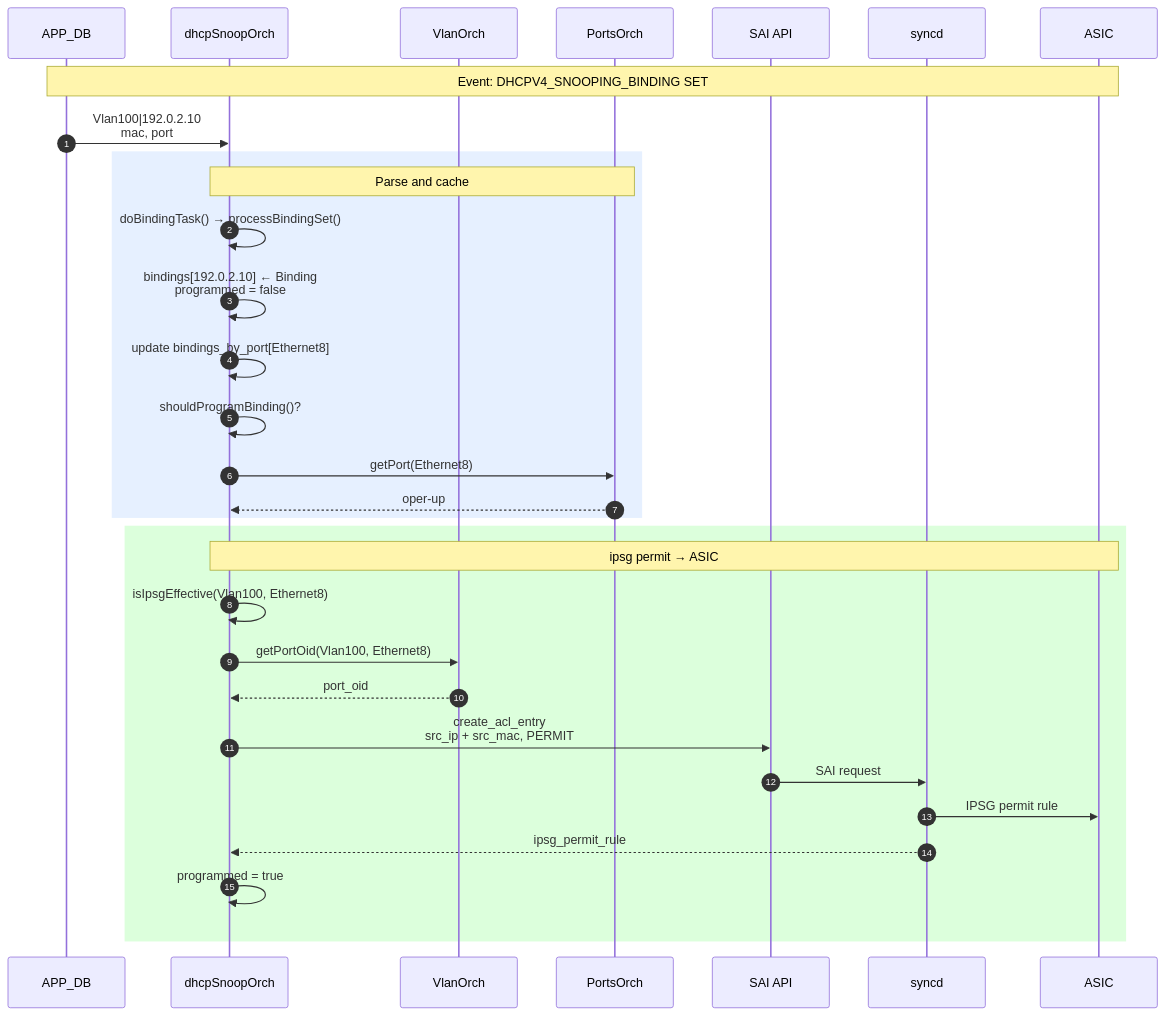
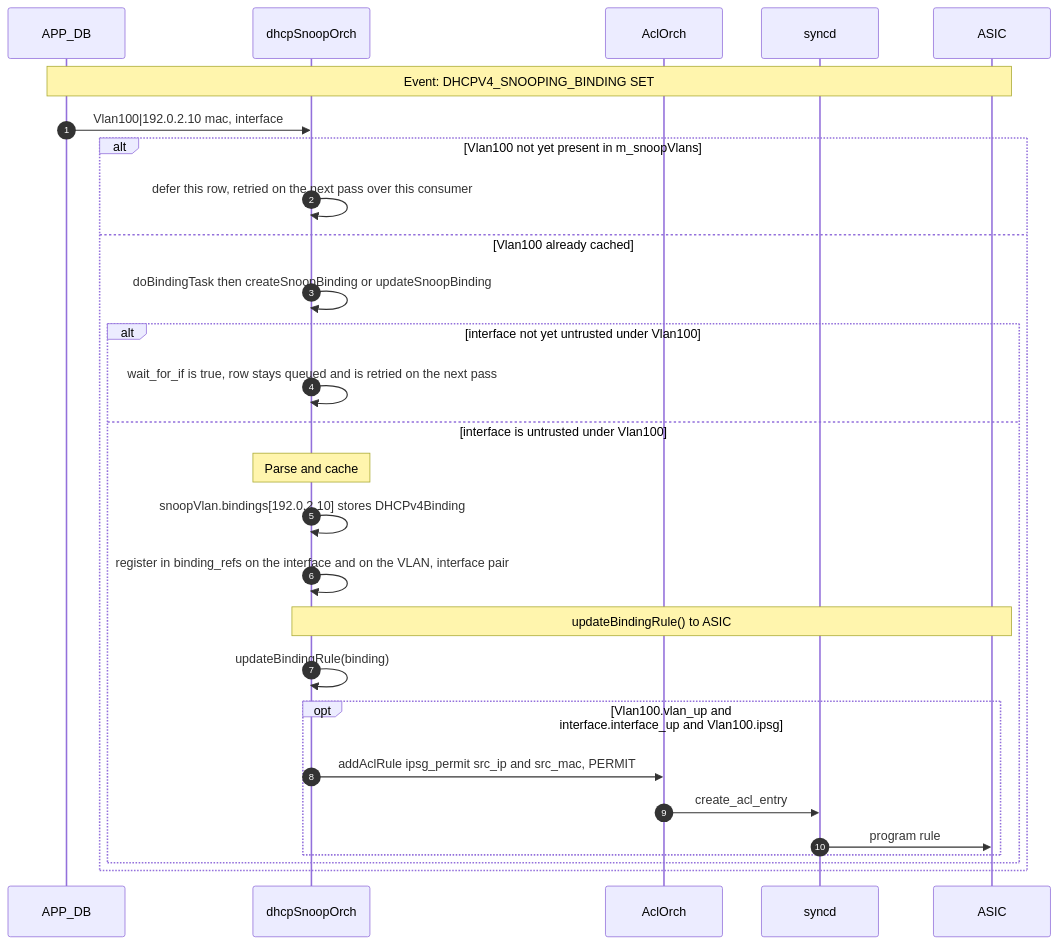
Diagram 14 of 19 in doc/DHCPv4_snooping/DHCPv4-snooping-hld.md (sonic-net/SONiC), drawn with Mermaid before and after one commit. The commit also changed other lines of this file, not shown here.

First line of the commit message:
doc: add sequence diagrams in HLD

````diff
--- a/doc/DHCPv4_snooping/DHCPv4-snooping-hld.md
+++ b/doc/DHCPv4_snooping/DHCPv4-snooping-hld.md
@@ -868,37 +1069,33 @@
 ```mermaid
 sequenceDiagram
     autonumber
     participant APP_DB as APP_DB
     participant Orch as dhcpSnoopOrch
-    participant VlanOrch as VlanOrch
-    participant PortsOrch as PortsOrch
-    participant SAI as SAI API
+    participant AclOrch as AclOrch
     participant syncd as syncd
     participant ASIC as ASIC
 
     Note over APP_DB, ASIC: Event: DHCPV4_SNOOPING_BINDING SET
 
-    APP_DB->>Orch: Vlan100|192.0.2.10<br/>mac, port
+    APP_DB->>Orch: Vlan100|192.0.2.10 mac, interface
 
-    rect rgb(230, 240, 255)
-        Note over Orch, PortsOrch: Parse and cache
-        Orch->>Orch: doBindingTask() → processBindingSet()
-        Orch->>Orch: bindings[192.0.2.10] ← Binding<br/>programmed = false
-        Orch->>Orch: update bindings_by_port[Ethernet8]
-        Orch->>Orch: shouldProgramBinding()?
-        Orch->>PortsOrch: getPort(Ethernet8)
-        PortsOrch-->>Orch: oper-up
-    end
-
-    rect rgb(220, 255, 220)
-        Note over Orch, ASIC: ipsg permit → ASIC
-        Orch->>Orch: isIpsgEffective(Vlan100, Ethernet8)
-        Orch->>VlanOrch: getPortOid(Vlan100, Ethernet8)
-        VlanOrch-->>Orch: port_oid
-        Orch->>SAI: create_acl_entry<br/>src_ip + src_mac, PERMIT
-        SAI->>syncd: SAI request
-        syncd->>ASIC: IPSG permit rule
-        syncd-->>Orch: ipsg_permit_rule
-        Orch->>Orch: programmed = true
+    alt Vlan100 not yet present in m_snoopVlans
+        Orch->>Orch: defer this row, retried on the next pass over this consumer
+    else Vlan100 already cached
+        Orch->>Orch: doBindingTask then createSnoopBinding or updateSnoopBinding
+        alt interface not yet untrusted under Vlan100
+            Orch->>Orch: wait_for_if is true, row stays queued and is retried on the next pass
+        else interface is untrusted under Vlan100
+            Note over Orch: Parse and cache
+            Orch->>Orch: snoopVlan.bindings[192.0.2.10] stores DHCPv4Binding
+            Orch->>Orch: register in binding_refs on the interface and on the VLAN, interface pair
+            Note over Orch, ASIC: updateBindingRule() to ASIC
+            Orch->>Orch: updateBindingRule(binding)
+            opt Vlan100.vlan_up and interface.interface_up and Vlan100.ipsg
+                Orch->>AclOrch: addAclRule ipsg_permit src_ip and src_mac, PERMIT
+                AclOrch->>syncd: create_acl_entry
+                syncd->>ASIC: program rule
+            end
+        end
     end
 ```
````
